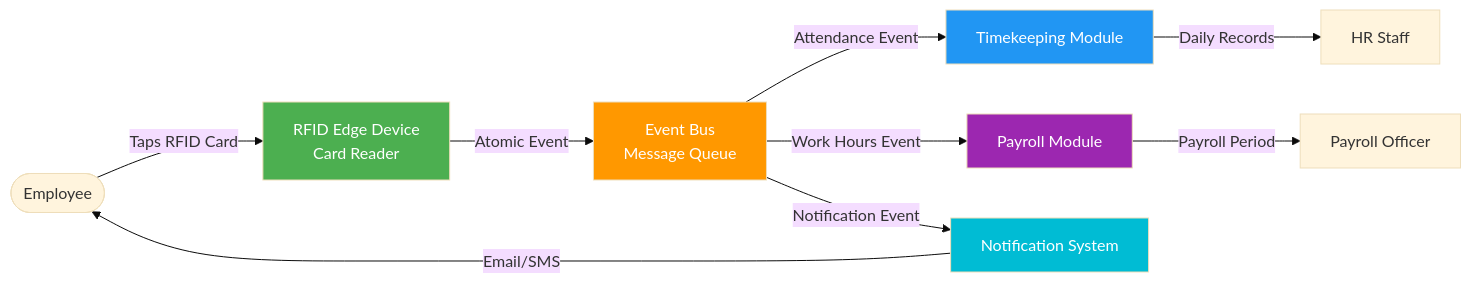
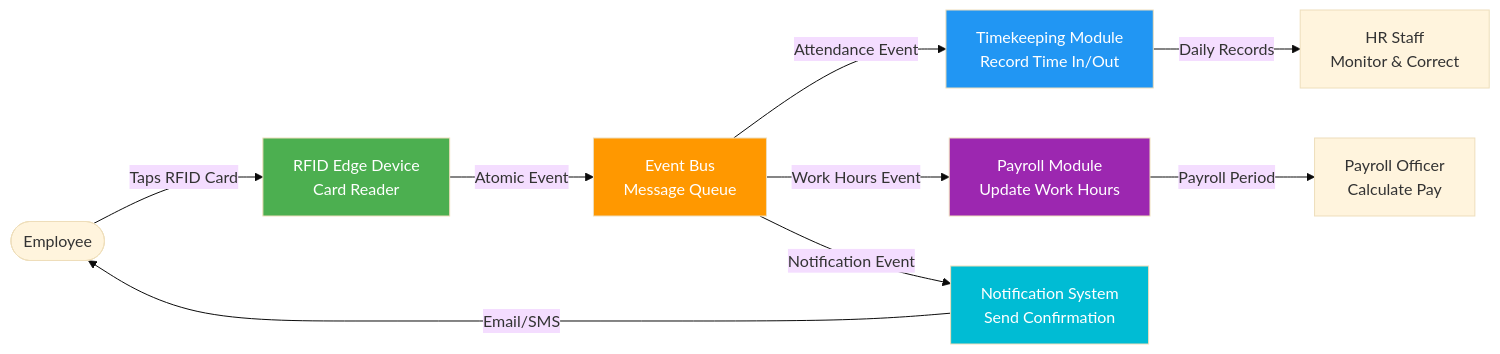
One commit to A-rizz/cameco changed the first of 3 diagrams in docs/workflows/integrations/patentable-proposal/rfid-replayable-event-log-proposal.md. Above: the diagram before and after it, drawn with Mermaid (base theme). The commit also changed other lines of this file, not shown here.

First line of the commit message:
Revise RFID Replayable Event-Log Proposal for Patent Focus

````diff
--- a/docs/workflows/integrations/patentable-proposal/rfid-replayable-event-log-proposal.md
+++ b/docs/workflows/integrations/patentable-proposal/rfid-replayable-event-log-proposal.md
@@ -14,16 +36,20 @@
 ```mermaid
 graph LR
     Employee([Employee]) -->|Taps RFID Card| EdgeDevice[RFID Edge Device<br/>Card Reader]
+    
     EdgeDevice -->|Atomic Event| EventBus[Event Bus<br/>Message Queue]
-    EventBus -->|Attendance Event| Timekeeping[Timekeeping Module]
-    EventBus -->|Work Hours Event| Payroll[Payroll Module]
-    EventBus -->|Notification Event| Notifications[Notification System]
-    Timekeeping -->|Daily Records| HRStaff[HR Staff]
-    Payroll -->|Payroll Period| PayrollOfficer[Payroll Officer]
+    
+    EventBus -->|Attendance Event| Timekeeping[Timekeeping Module<br/>Record Time In/Out]
+    EventBus -->|Work Hours Event| Payroll[Payroll Module<br/>Update Work Hours]
+    EventBus -->|Notification Event| Notifications[Notification System<br/>Send Confirmation]
+    
+    Timekeeping -->|Daily Records| HRStaff[HR Staff<br/>Monitor & Correct]
+    Payroll -->|Payroll Period| PayrollOfficer[Payroll Officer<br/>Calculate Pay]
     Notifications -->|Email/SMS| Employee
+    
     style EventBus fill:#ff9800,color:#fff
     style EdgeDevice fill:#4caf50,color:#fff
     style Timekeeping fill:#2196f3,color:#fff
     style Payroll fill:#9c27b0,color:#fff
     style Notifications fill:#00bcd4,color:#fff
 ```
````
